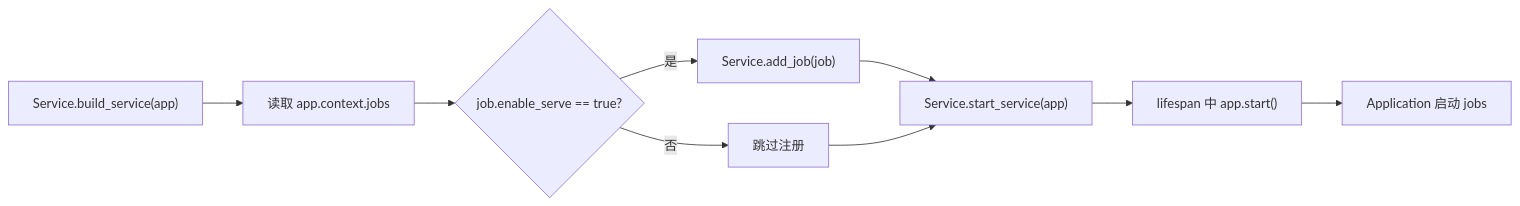
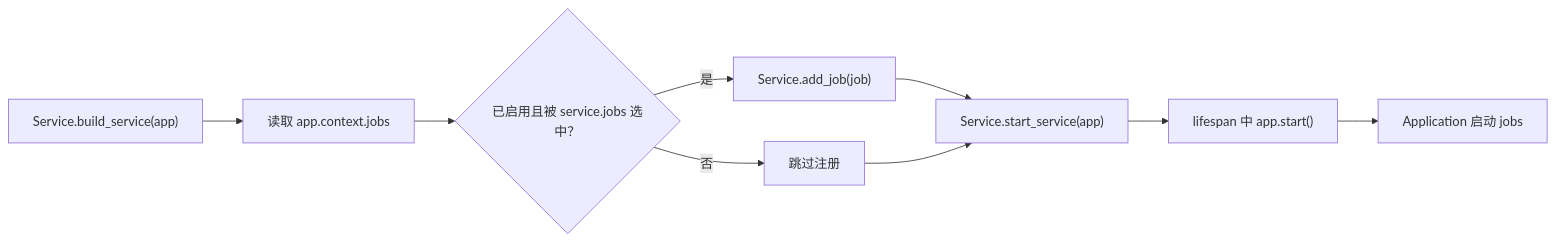
The third of 13 diagrams in docs/zh/framework.md (agentscope-ai/ReMe), drawn with Mermaid before and after one commit. The commit also changed other lines of this file and 3 other files, not shown here.

First line of the commit message:
feat(service): add job whitelisting capability to BaseService

````diff
--- a/docs/zh/framework.md
+++ b/docs/zh/framework.md
@@ -137,11 +140,11 @@
 ```mermaid
 flowchart LR
     A["Service.build_service(app)"] --> B["读取 app.context.jobs"]
-    B --> C{"job.enable_serve == true?"}
+    B --> C{"已启用且被 service.jobs 选中？"}
     C -->|是| D["Service.add_job(job)"]
     C -->|否| E["跳过注册"]
     D --> F["Service.start_service(app)"]
     E --> F
     F --> G["lifespan 中 app.start()"]
     G --> H["Application 启动 jobs"]
 ```
````
